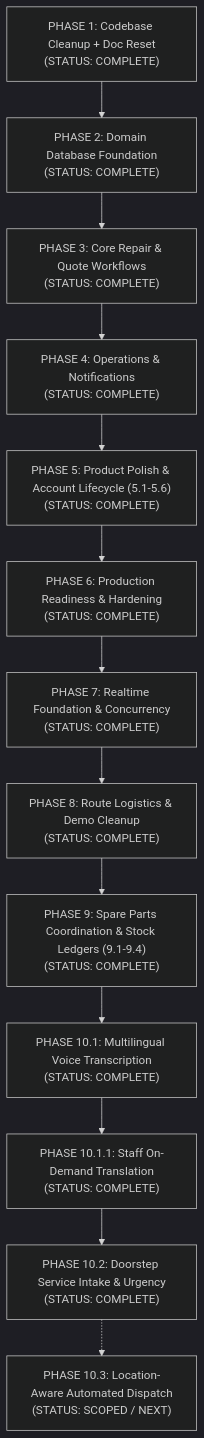
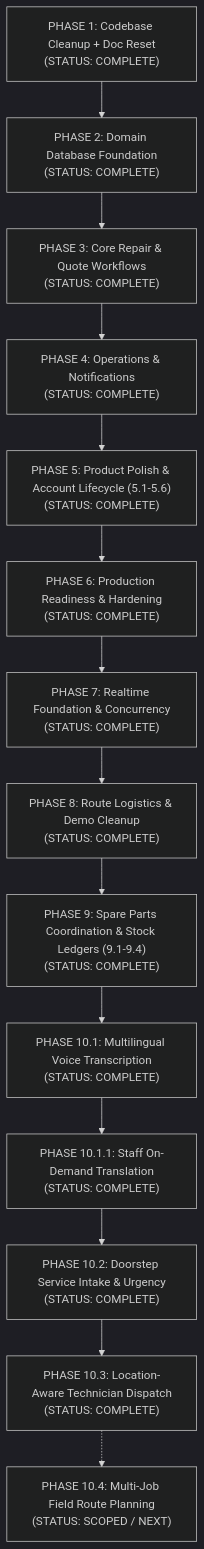
The diagram in IMPLEMENTATION_PLAN.md (ankitchamke/TerraByte), drawn with Mermaid (dark theme) before and after one commit. The commit also changed other lines of this file and 13 other files, not shown here.

Commit message:
10.3 feat(terabyte): add location-aware technician dispatch

````diff
--- a/IMPLEMENTATION_PLAN.md
+++ b/IMPLEMENTATION_PLAN.md
@@ -15,15 +15,16 @@
 ```mermaid
 flowchart TD
     P1["PHASE 1: Codebase Cleanup + Doc Reset<br/>(STATUS: COMPLETE)"] --> P2["PHASE 2: Domain Database Foundation<br/>(STATUS: COMPLETE)"]
     P2 --> P3["PHASE 3: Core Repair & Quote Workflows<br/>(STATUS: COMPLETE)"]
     P3 --> P4["PHASE 4: Operations & Notifications<br/>(STATUS: COMPLETE)"]
     P4 --> P5["PHASE 5: Product Polish & Account Lifecycle (5.1-5.6)<br/>(STATUS: COMPLETE)"]
     P5 --> P6["PHASE 6: Production Readiness & Hardening<br/>(STATUS: COMPLETE)"]
     P6 --> P7["PHASE 7: Realtime Foundation & Concurrency<br/>(STATUS: COMPLETE)"]
     P7 --> P8["PHASE 8: Route Logistics & Demo Cleanup<br/>(STATUS: COMPLETE)"]
     P8 --> P9["PHASE 9: Spare Parts Coordination & Stock Ledgers (9.1-9.4)<br/>(STATUS: COMPLETE)"]
     P9 --> P101["PHASE 10.1: Multilingual Voice Transcription<br/>(STATUS: COMPLETE)"]
     P101 --> P1011["PHASE 10.1.1: Staff On-Demand Translation<br/>(STATUS: COMPLETE)"]
     P1011 --> P102["PHASE 10.2: Doorstep Service Intake & Urgency<br/>(STATUS: COMPLETE)"]
-    P102 -.-> P103["PHASE 10.3: Location-Aware Automated Dispatch<br/>(STATUS: SCOPED / NEXT)"]
+    P102 --> P103["PHASE 10.3: Location-Aware Technician Dispatch<br/>(STATUS: COMPLETE)"]
+    P103 -.-> P104["PHASE 10.4: Multi-Job Field Route Planning<br/>(STATUS: SCOPED / NEXT)"]
 ```
````
